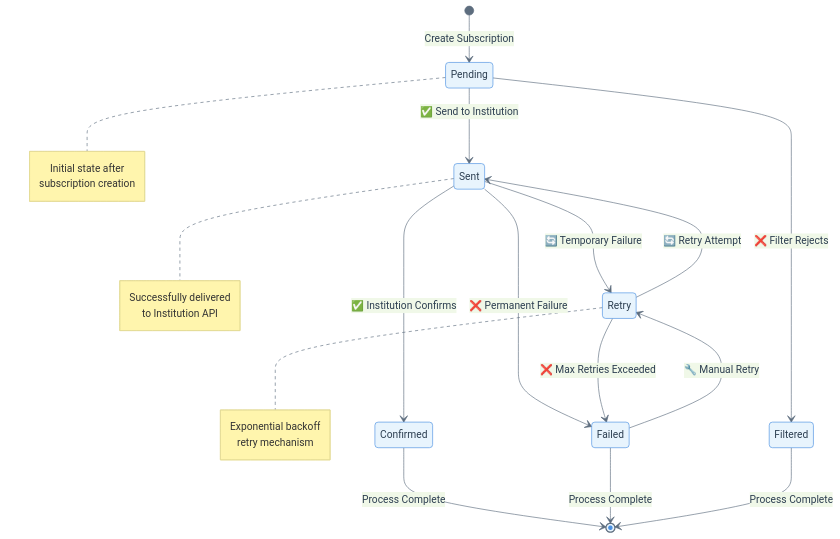
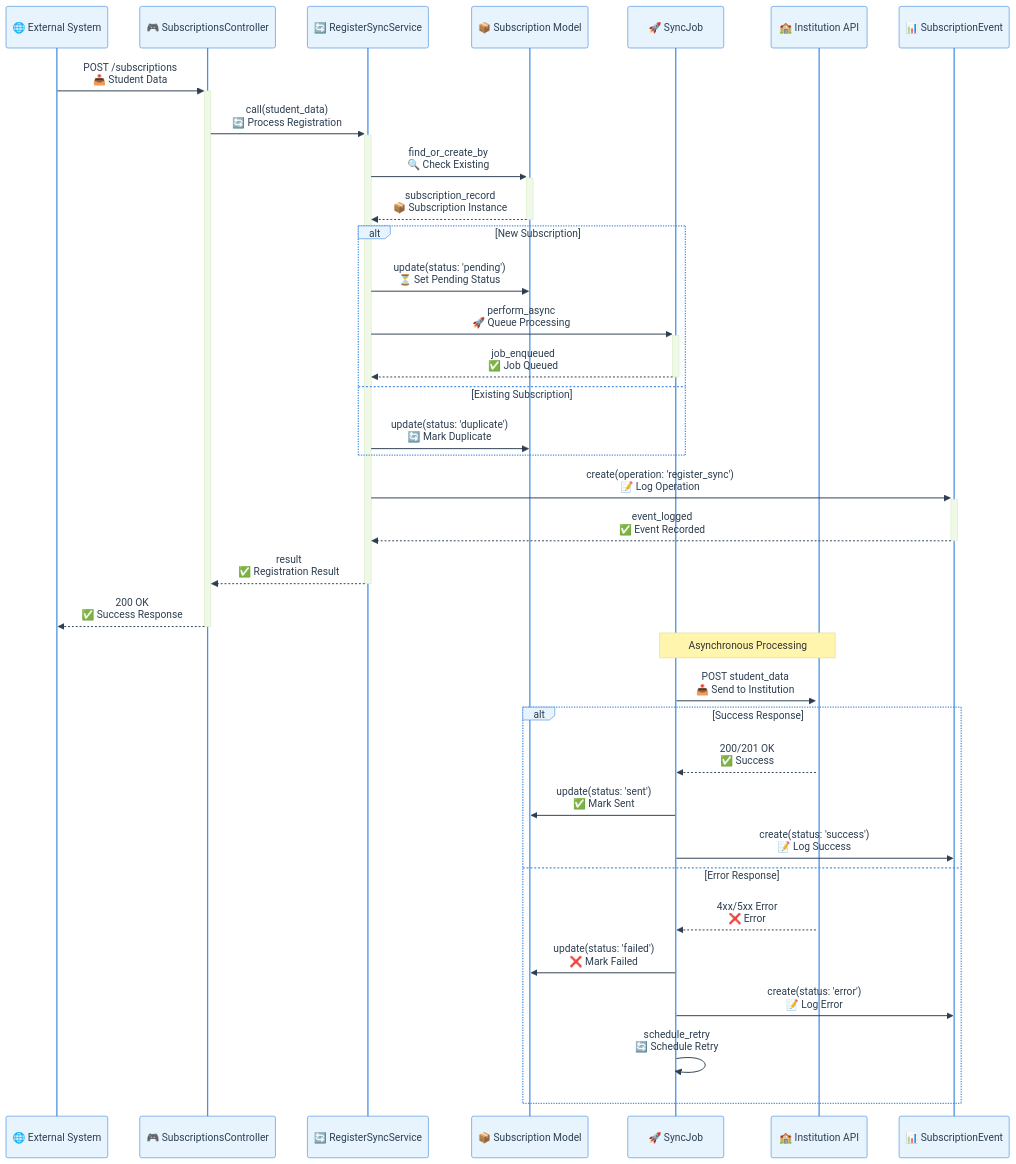
Before and after one commit to enogrob/project-qeevo-anubis: the fourth of 6 diagrams in outputs/anubis-rails-requirements-app.md, drawn with Mermaid. The commit also changed other lines of this file and 14 other files, not shown here.

````diff
--- a/outputs/anubis-rails-requirements-app.md
+++ b/outputs/anubis-rails-requirements-app.md
@@ -1271,48 +299,57 @@
 ```mermaid
 %%{init: {
   'theme':'base',
   'themeVariables': {
     'primaryColor':'#E8F4FD',
     'primaryBorderColor':'#4A90E2',
     'primaryTextColor':'#2C3E50',
     'secondaryColor':'#F0F8E8',
     'tertiaryColor':'#FDF2E8',
     'quaternaryColor':'#F8E8F8',
     'lineColor':'#5D6D7E',
     'fontFamily':'Inter,Segoe UI,Arial'
   }
 }}%%
-stateDiagram-v2
-    [*] --> Pending : Create Subscription
+sequenceDiagram
+    participant EXT as 🌐 External System
+    participant API as 🎮 SubscriptionsController
+    participant REG as 🔄 RegisterSyncService
+    participant SUB as 📦 Subscription Model
+    participant JOB as 🚀 SyncJob
+    participant IES as 🏫 Institution API
+    participant LOG as 📊 SubscriptionEvent
     
-    Pending --> Filtered : ❌ Filter Rejects
-    Pending --> Sent : ✅ Send to Institution
+    EXT->>+API: POST /subscriptions<br/>📤 Student Data
+    API->>+REG: call(student_data)<br/>🔄 Process Registration
     
-    Sent --> Confirmed : ✅ Institution Confirms
-    Sent --> Retry : 🔄 Temporary Failure
-    Sent --> Failed : ❌ Permanent Failure
+    REG->>+SUB: find_or_create_by<br/>🔍 Check Existing
+    SUB-->>-REG: subscription_record<br/>📦 Subscription Instance
     
-    Retry --> Sent : 🔄 Retry Attempt
-    Retry --> Failed : ❌ Max Retries Exceeded
+    alt New Subscription
+        REG->>SUB: update(status: 'pending')<br/>⏳ Set Pending Status
+        REG->>+JOB: perform_async<br/>🚀 Queue Processing
+        JOB-->>-REG: job_enqueued<br/>✅ Job Queued
+    else Existing Subscription
+        REG->>SUB: update(status: 'duplicate')<br/>🔄 Mark Duplicate
+    end
     
-    Failed --> Retry : 🔧 Manual Retry
+    REG->>+LOG: create(operation: 'register_sync')<br/>📝 Log Operation
+    LOG-->>-REG: event_logged<br/>✅ Event Recorded
     
-    Confirmed --> [*] : Process Complete
-    Failed --> [*] : Process Complete
-    Filtered --> [*] : Process Complete
+    REG-->>-API: result<br/>✅ Registration Result
+    API-->>-EXT: 200 OK<br/>✅ Success Response
     
-    note right of Pending
-        Initial state after
-        subscription creation
-    end note
+    Note over JOB,IES: Asynchronous Processing
+    JOB->>+IES: POST student_data<br/>📤 Send to Institution
     
-    note right of Sent
-        Successfully delivered
-        to Institution API
-    end note
-    
-    note right of Retry
-        Exponential backoff
-        retry mechanism
-    end note
+    alt Success Response
+        IES-->>JOB: 200/201 OK<br/>✅ Success
+        JOB->>SUB: update(status: 'sent')<br/>✅ Mark Sent
+        JOB->>LOG: create(status: 'success')<br/>📝 Log Success
+    else Error Response
+        IES-->>JOB: 4xx/5xx Error<br/>❌ Error
+        JOB->>SUB: update(status: 'failed')<br/>❌ Mark Failed
+        JOB->>LOG: create(status: 'error')<br/>📝 Log Error
+        JOB->>JOB: schedule_retry<br/>🔄 Schedule Retry
+    end
 ```
````
